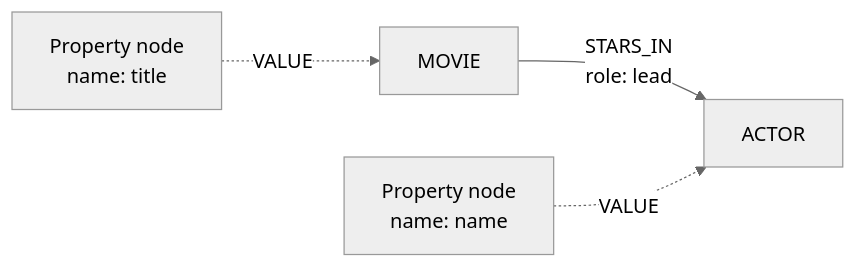
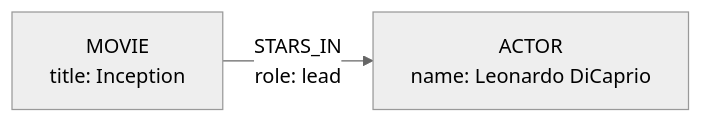
The second of 2 diagrams in docs/learn/relationships/relationship-properties.mdx (rush-db/docs), drawn with Mermaid (neutral theme) before and after one commit. The commit also changed other lines of this file and 623 other files, not shown here.

````diff
--- a/docs/learn/relationships/relationship-properties.mdx
+++ b/docs/learn/relationships/relationship-properties.mdx
@@ -34,6 +35,4 @@
 ```mermaid
 graph LR
-  P1["Property node<br/>name: title"] -. "VALUE" .-> M["MOVIE"]
-  M -- "STARS_IN<br/>role: lead" --> A["ACTOR"]
-  P2["Property node<br/>name: name"] -. "VALUE" .-> A
+  M["MOVIE<br/>title: Inception"] -- "STARS_IN<br/>role: lead" --> A["ACTOR<br/>name: Leonardo DiCaprio"]
 ```
````
